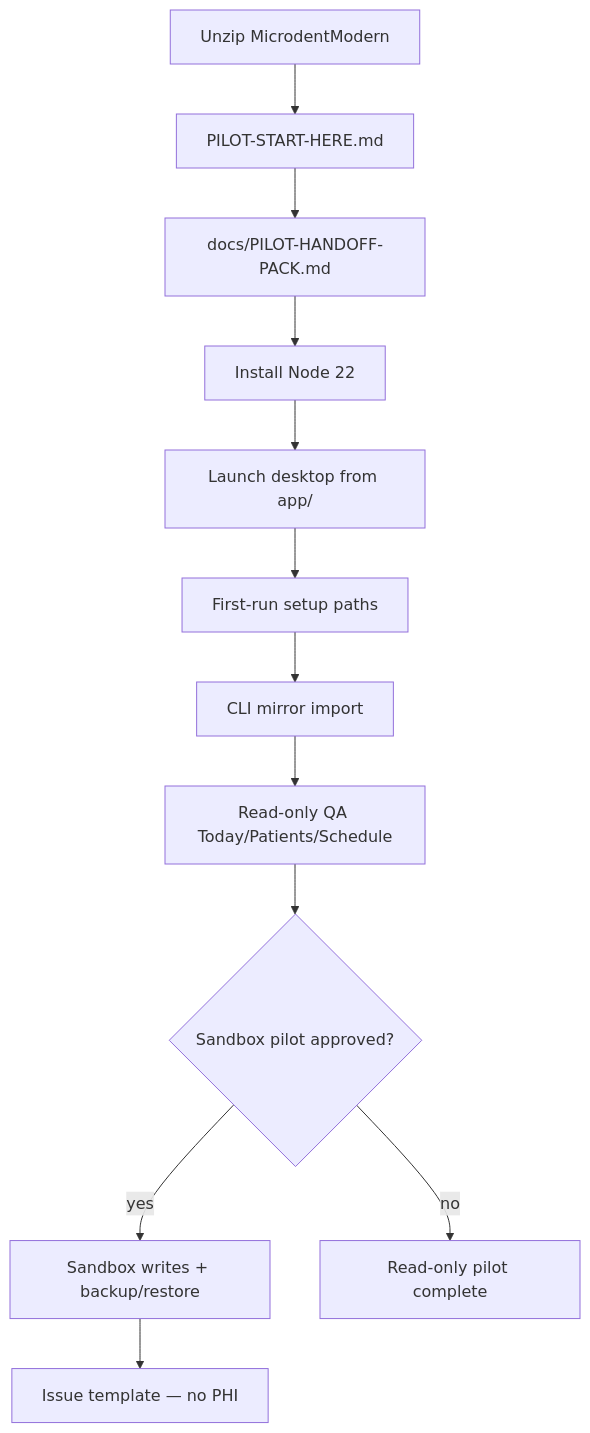
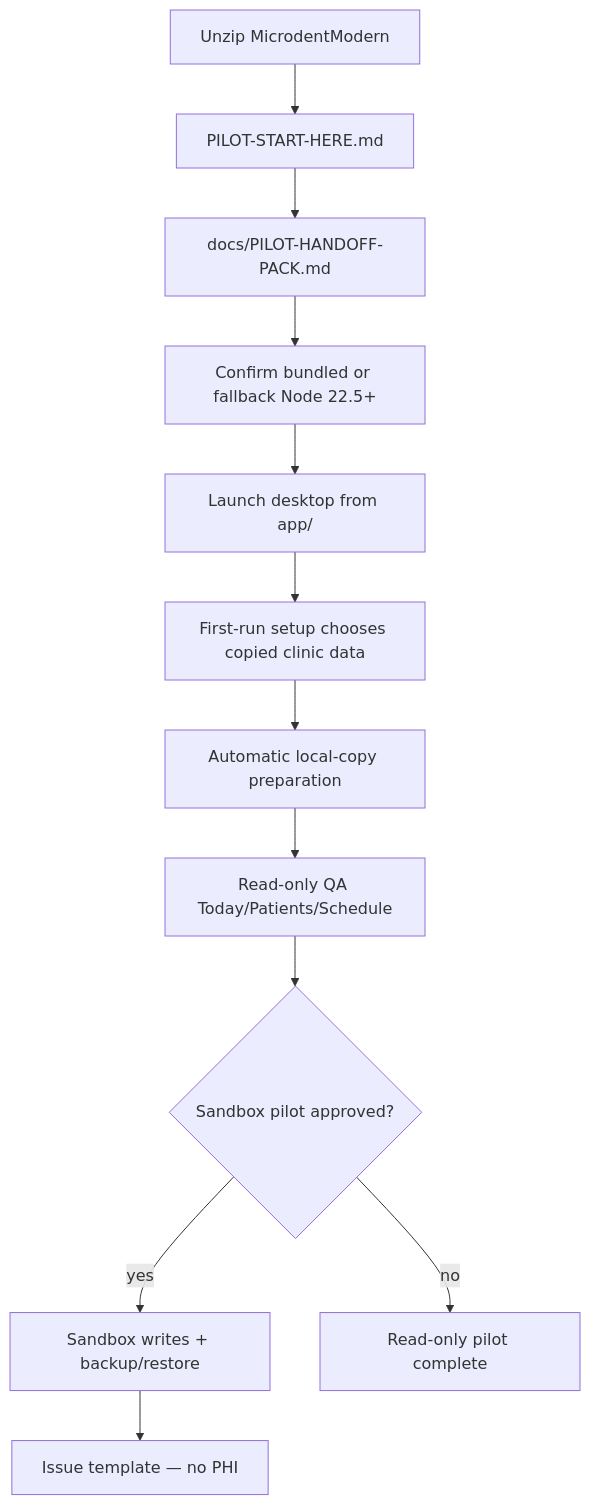
One commit to 0x-tam/Microdent-Modern changed the diagram in docs/PILOT-HANDOFF-PACK.md. Above: the diagram before and after it, drawn with Mermaid. The commit also changed other lines of this file and 70 other files, not shown here.

Commit message:
feat: harden desktop setup and support workflows

````diff
--- a/docs/PILOT-HANDOFF-PACK.md
+++ b/docs/PILOT-HANDOFF-PACK.md
@@ -66,14 +66,14 @@
 ```mermaid
 flowchart TD
   unzip[Unzip MicrodentModern] --> start[PILOT-START-HERE.md]
   start --> handoff[docs/PILOT-HANDOFF-PACK.md]
-  handoff --> node[Install Node 22]
-  node --> launch[Launch desktop from app/]
-  launch --> setup[First-run setup paths]
-  setup --> mirror[CLI mirror import]
-  mirror --> readonly[Read-only QA Today/Patients/Schedule]
+  handoff --> runtime[Confirm bundled or fallback Node 22.5+]
+  runtime --> launch[Launch desktop from app/]
+  launch --> setup[First-run setup chooses copied clinic data]
+  setup --> localcopy[Automatic local-copy preparation]
+  localcopy --> readonly[Read-only QA Today/Patients/Schedule]
   readonly --> sandbox{Sandbox pilot approved?}
   sandbox -->|yes| writes[Sandbox writes + backup/restore]
   sandbox -->|no| done[Read-only pilot complete]
   writes --> feedback[Issue template — no PHI]
 ```
````
